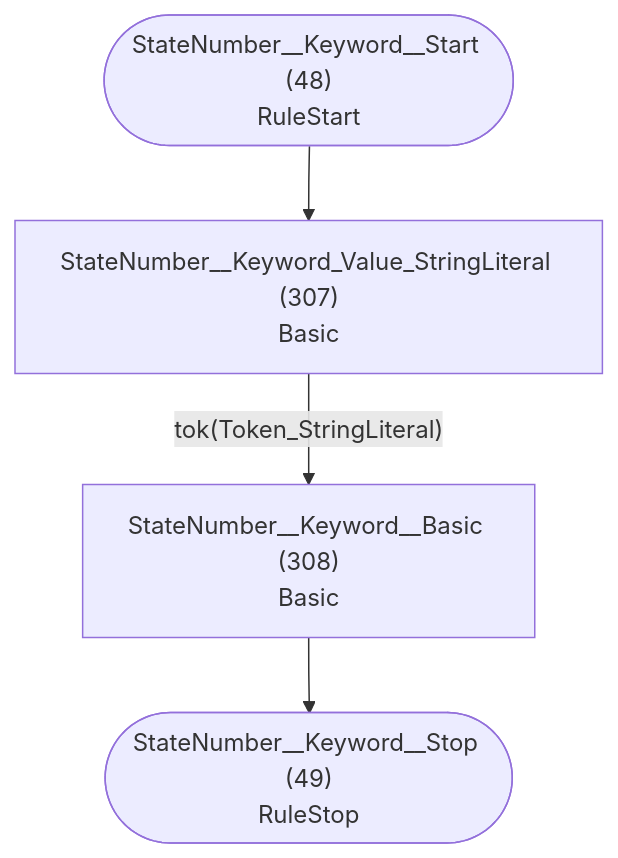
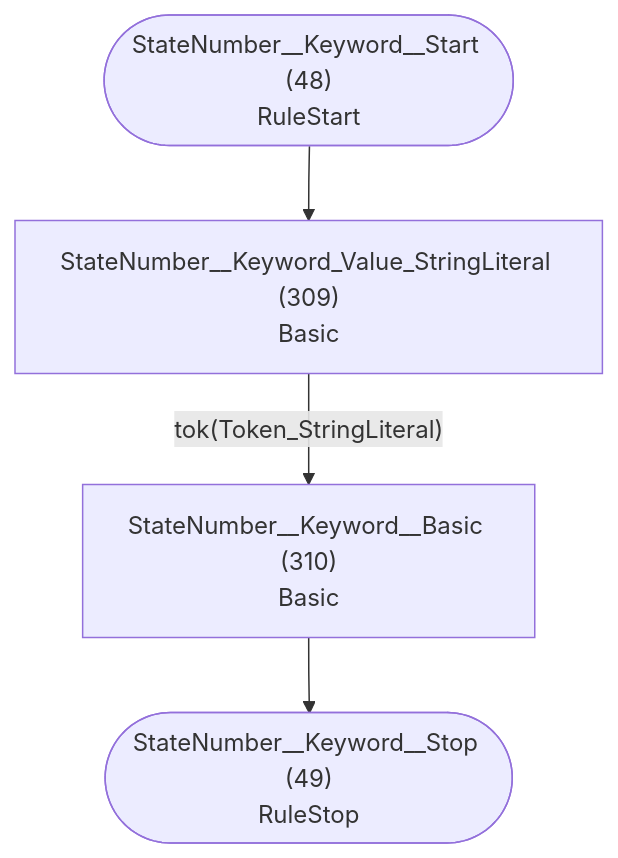
Diagram 25 of 36 in internal/grammar/atn.md (TypeFox/fastbelt), drawn with Mermaid before and after one commit. The commit also changed other lines of this file and 11 other files, not shown here.

````diff
--- a/internal/grammar/atn.md
+++ b/internal/grammar/atn.md
@@ -768,11 +772,11 @@
 ```mermaid
 flowchart TD
     q48(["StateNumber__Keyword__Start (48)<br/>RuleStart"])
     q49(["StateNumber__Keyword__Stop (49)<br/>RuleStop"])
-    q307["StateNumber__Keyword_Value_StringLiteral (307)<br/>Basic<br/>"]
-    q308["StateNumber__Keyword__Basic (308)<br/>Basic<br/>"]
+    q309["StateNumber__Keyword_Value_StringLiteral (309)<br/>Basic<br/>"]
+    q310["StateNumber__Keyword__Basic (310)<br/>Basic<br/>"]
 
-    q48 --> q307
-    q307 -->|"tok(Token_StringLiteral)"| q308
-    q308 --> q49
+    q48 --> q309
+    q309 -->|"tok(Token_StringLiteral)"| q310
+    q310 --> q49
 ```
````
